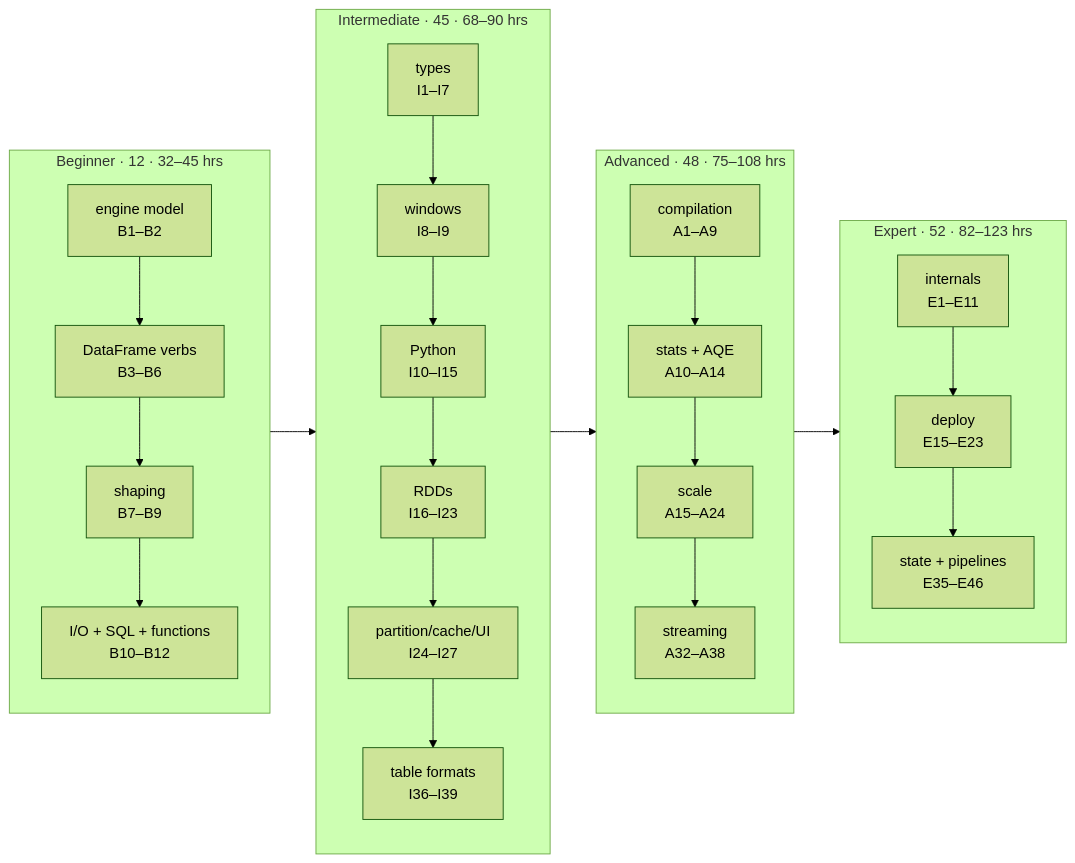
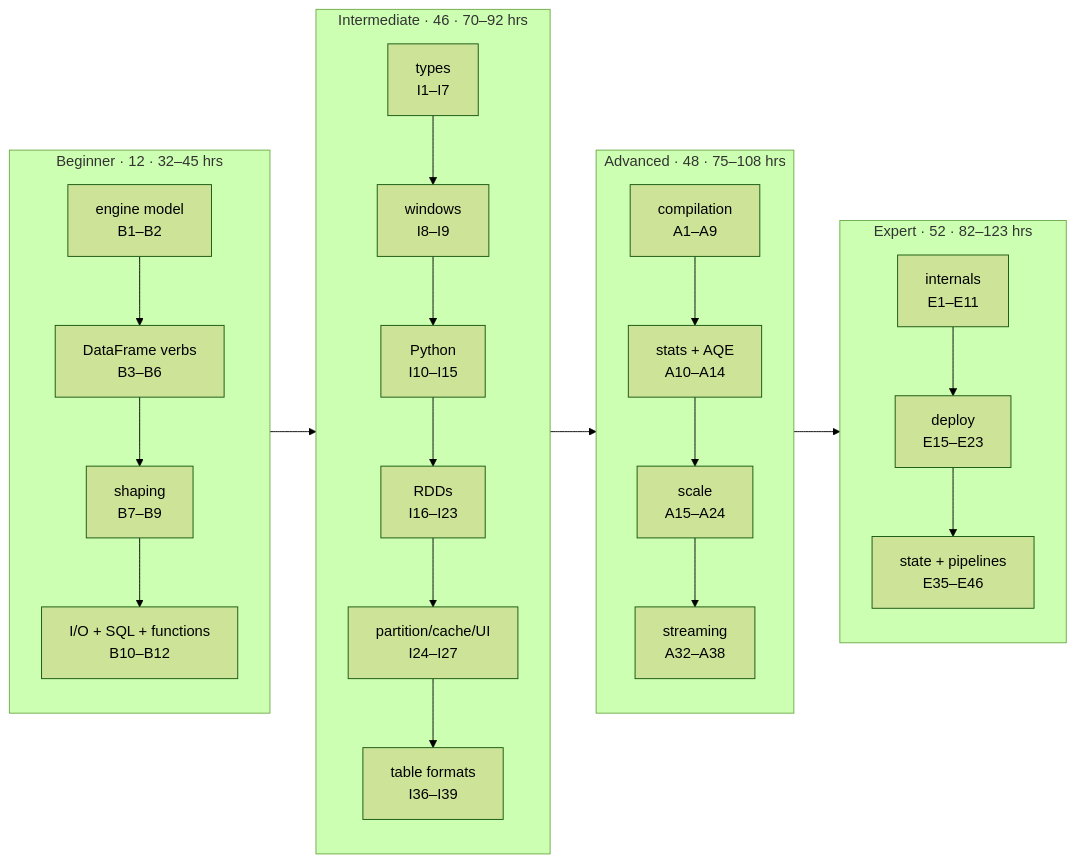
One commit to arindamchoudhury/spark-gyan changed the second of 2 diagrams in docs/learning-path-v2.md. Above: the diagram before and after it, drawn with Mermaid (forest theme). The commit also changed other lines of this file, not shown here.

````diff
--- a/docs/learning-path-v2.md
+++ b/docs/learning-path-v2.md
@@ -2339,16 +2355,16 @@
 ```mermaid
 flowchart LR
     subgraph BEG["Beginner · 12 · 32–45 hrs"]
       B1["engine model<br/>B1–B2"] --> B2["DataFrame verbs<br/>B3–B6"] --> B3["shaping<br/>B7–B9"] --> B4["I/O + SQL + functions<br/>B10–B12"]
     end
-    subgraph INT["Intermediate · 45 · 68–90 hrs"]
+    subgraph INT["Intermediate · 46 · 70–92 hrs"]
       I1["types<br/>I1–I7"] --> I2["windows<br/>I8–I9"] --> I3["Python<br/>I10–I15"] --> I4["RDDs<br/>I16–I23"] --> I5["partition/cache/UI<br/>I24–I27"] --> I6["table formats<br/>I36–I39"]
     end
     subgraph ADV["Advanced · 48 · 75–108 hrs"]
       A1["compilation<br/>A1–A9"] --> A2["stats + AQE<br/>A10–A14"] --> A3["scale<br/>A15–A24"] --> A4["streaming<br/>A32–A38"]
     end
     subgraph EXP["Expert · 52 · 82–123 hrs"]
       E1["internals<br/>E1–E11"] --> E2["deploy<br/>E15–E23"] --> E3["state + pipelines<br/>E35–E46"]
     end
     BEG --> INT --> ADV --> EXP
 ```
````
